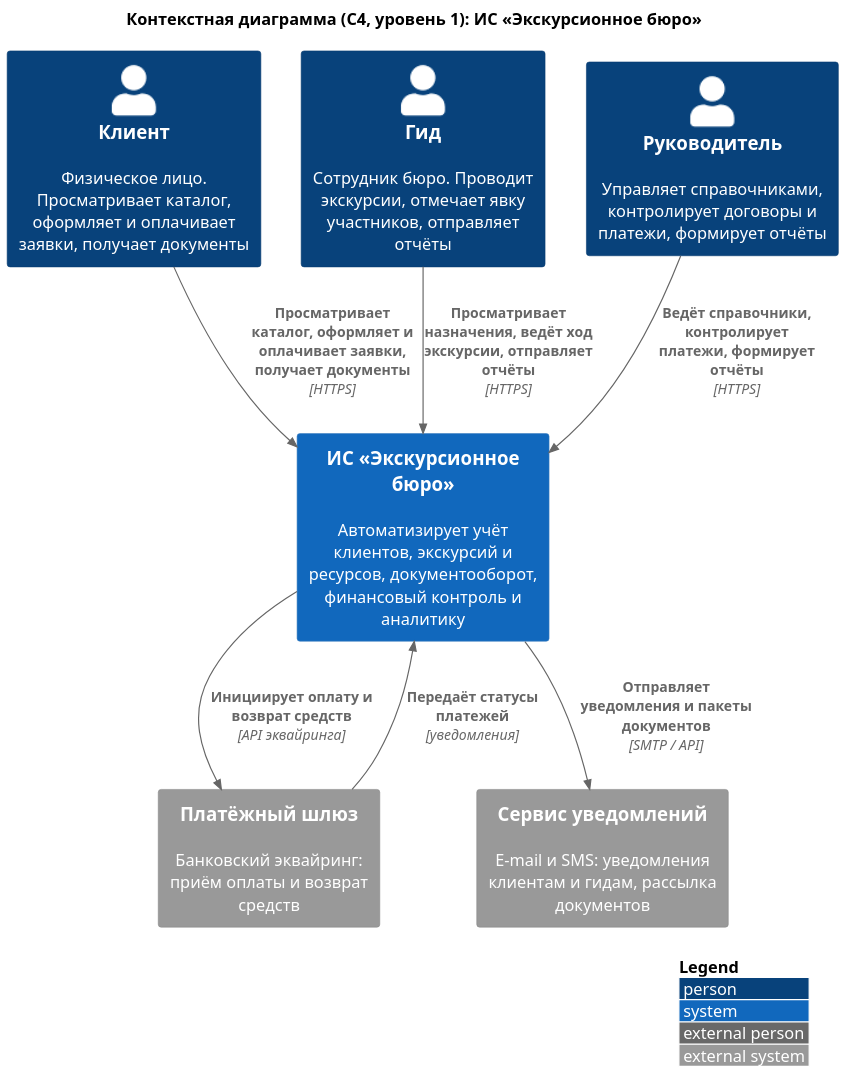
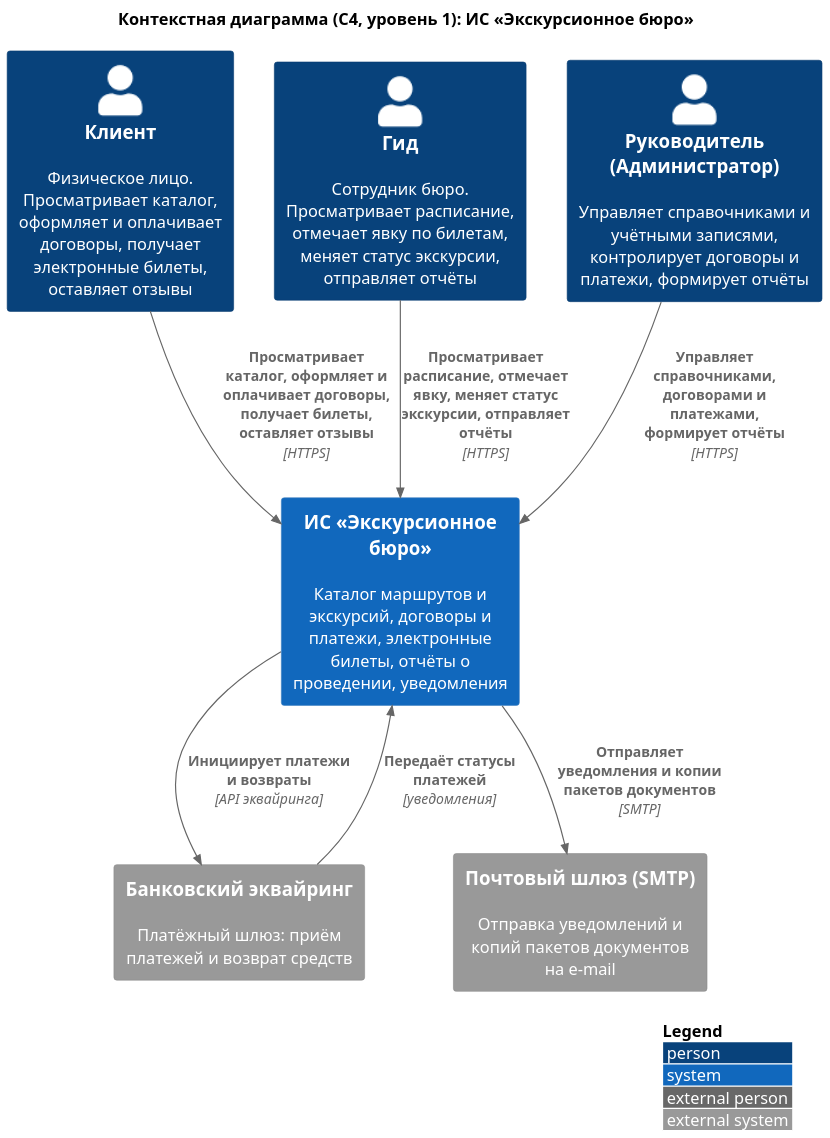
One commit to kukirmash/labs changed the diagram in 7sem/TRPO/Лабы/Модель анализа/Диаграммы/07_Контекст_C4.puml. Above: the diagram before and after it, drawn with PlantUML. The commit also changed 38 other files, not shown here.

```diff
--- a/7sem/TRPO/Лабы/Модель анализа/Диаграммы/07_Контекст_C4.puml
+++ b/7sem/TRPO/Лабы/Модель анализа/Диаграммы/07_Контекст_C4.puml
@@ -1,26 +1,26 @@
 @startuml
 ' Контекстная диаграмма C4 (уровень 1) ИС «Экскурсионное бюро»
 !include <C4/C4_Context>
 skinparam dpi 160
 skinparam shadowing false
 
 title Контекстная диаграмма (C4, уровень 1): ИС «Экскурсионное бюро»
 
-Person(client, "Клиент", "Физическое лицо. Просматривает каталог, оформляет и оплачивает заявки, получает документы")
-Person(guide, "Гид", "Сотрудник бюро. Проводит экскурсии, отмечает явку участников, отправляет отчёты")
-Person(manager, "Руководитель", "Управляет справочниками, контролирует договоры и платежи, формирует отчёты")
+Person(client, "Клиент", "Физическое лицо. Просматривает каталог, оформляет и оплачивает договоры, получает электронные билеты, оставляет отзывы")
+Person(guide, "Гид", "Сотрудник бюро. Просматривает расписание, отмечает явку по билетам, меняет статус экскурсии, отправляет отчёты")
+Person(manager, "Руководитель (Администратор)", "Управляет справочниками и учётными записями, контролирует договоры и платежи, формирует отчёты")
 
-System(bureau, "ИС «Экскурсионное бюро»", "Автоматизирует учёт клиентов, экскурсий и ресурсов, документооборот, финансовый контроль и аналитику")
+System(bureau, "ИС «Экскурсионное бюро»", "Каталог маршрутов и экскурсий, договоры и платежи, электронные билеты, отчёты о проведении, уведомления")
 
-System_Ext(payment, "Платёжный шлюз", "Банковский эквайринг: приём оплаты и возврат средств")
-System_Ext(notify, "Сервис уведомлений", "E-mail и SMS: уведомления клиентам и гидам, рассылка документов")
+System_Ext(acquiring, "Банковский эквайринг", "Платёжный шлюз: приём платежей и возврат средств")
+System_Ext(smtp, "Почтовый шлюз (SMTP)", "Отправка уведомлений и копий пакетов документов на e-mail")
 
-Rel(client, bureau, "Просматривает каталог, оформляет и оплачивает заявки, получает документы", "HTTPS")
-Rel(guide, bureau, "Просматривает назначения, ведёт ход экскурсии, отправляет отчёты", "HTTPS")
-Rel(manager, bureau, "Ведёт справочники, контролирует платежи, формирует отчёты", "HTTPS")
-Rel(bureau, payment, "Инициирует оплату и возврат средств", "API эквайринга")
-Rel(payment, bureau, "Передаёт статусы платежей", "уведомления")
-Rel(bureau, notify, "Отправляет уведомления и пакеты документов", "SMTP / API")
+Rel(client, bureau, "Просматривает каталог, оформляет и оплачивает договоры, получает билеты, оставляет отзывы", "HTTPS")
+Rel(guide, bureau, "Просматривает расписание, отмечает явку, меняет статус экскурсии, отправляет отчёты", "HTTPS")
+Rel(manager, bureau, "Управляет справочниками, договорами и платежами, формирует отчёты", "HTTPS")
+Rel(bureau, acquiring, "Инициирует платежи и возвраты", "API эквайринга")
+Rel(acquiring, bureau, "Передаёт статусы платежей", "уведомления")
+Rel(bureau, smtp, "Отправляет уведомления и копии пакетов документов", "SMTP")
 
 LAYOUT_WITH_LEGEND()
 @enduml
```
